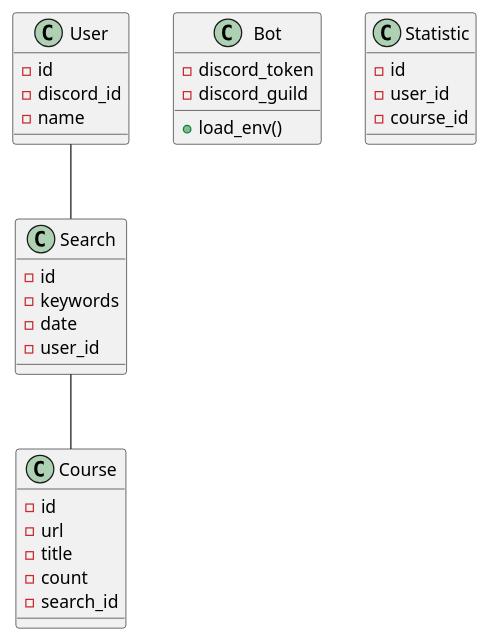
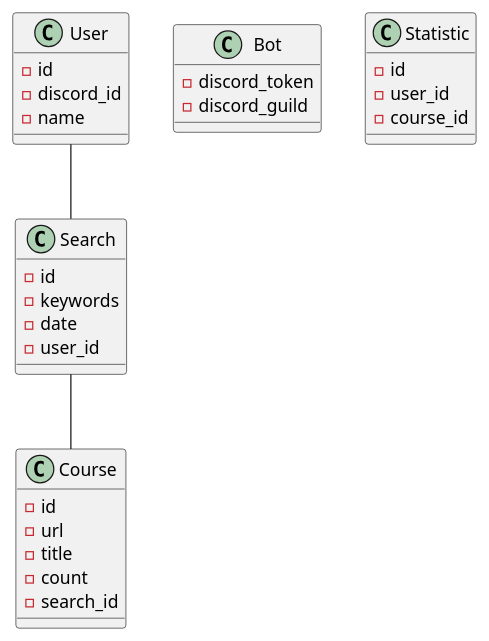
Before and after one commit to j0k3rD/Bot_Courses_UM: the diagram in docs/diagrama_de_clases.puml, drawn with PlantUML. The commit also changed 5 other files, not shown here.

First line of the commit message:
fixed schemas

```diff
--- a/docs/diagrama_de_clases.puml
+++ b/docs/diagrama_de_clases.puml
@@ -1,39 +1,38 @@
 @startuml:
 class User {
     - id
     - discord_id
     - name 
 }
  class Search{
     - id
     - keywords
     - date
     - user_id
 
  }
 
  class Course{
     - id
     - url
     - title
     - count
     - search_id
 }
 
 class Bot{
     - discord_token
     - discord_guild
-    + load_env()
 }
 
 class Statistic{
     - id
     - user_id
     - course_id
 }
 
 User -- Search
 Search -- Course
 
 
 @enduml
```
